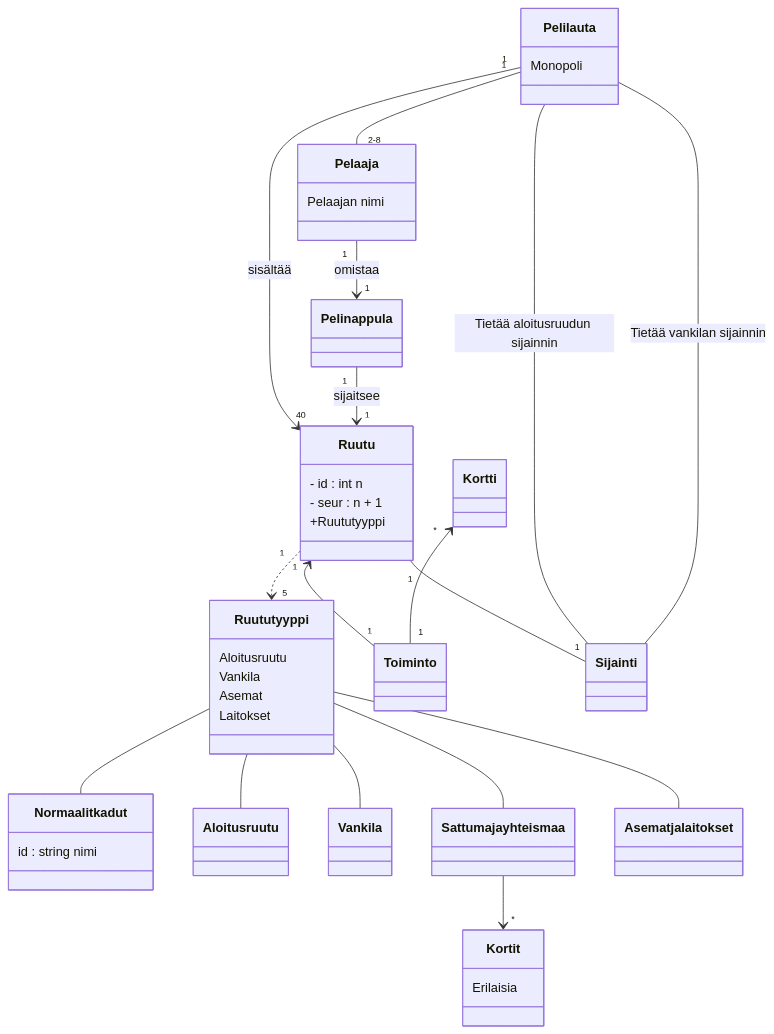
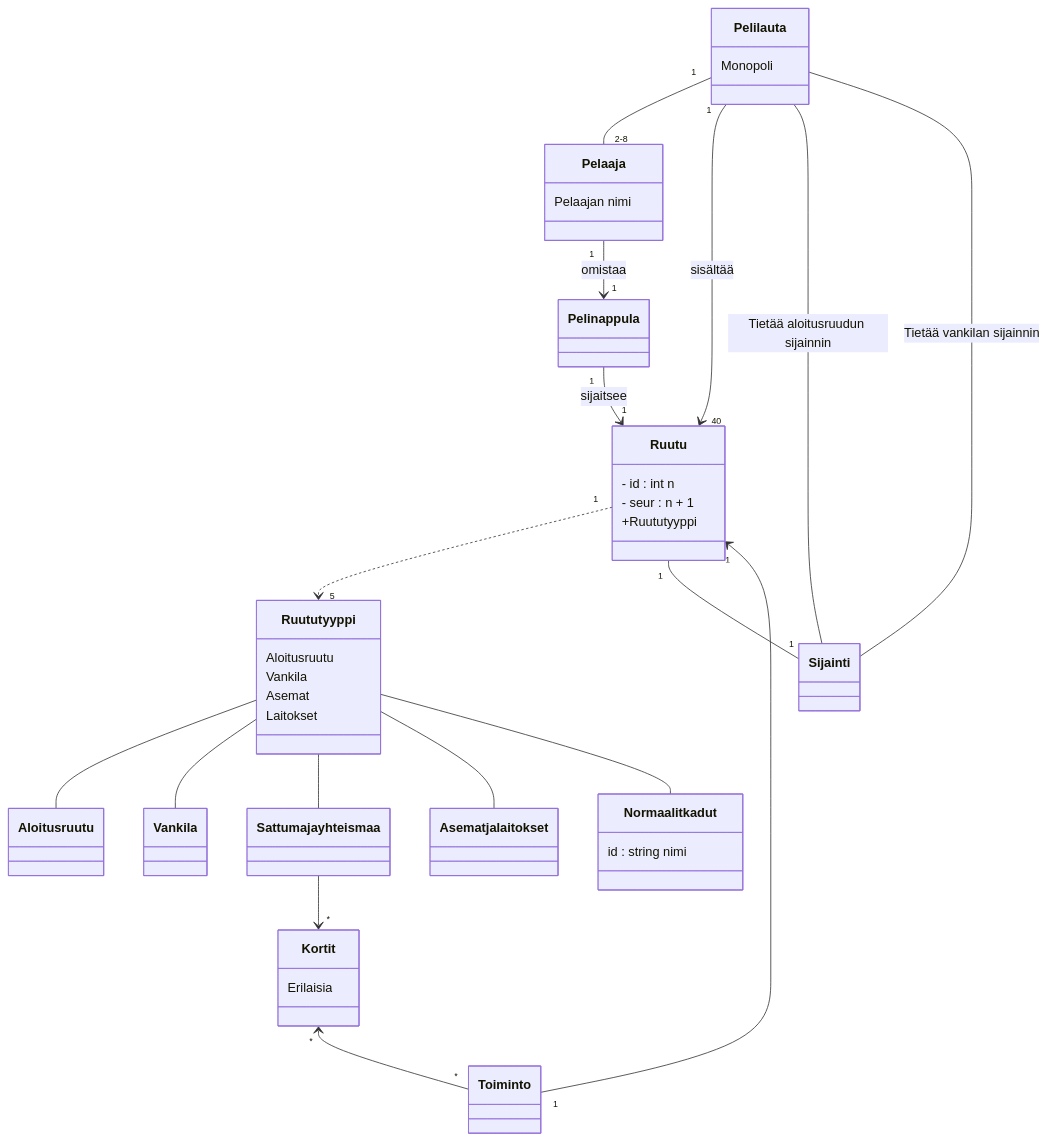
Before and after one commit to brotholi/ot-harjoitustyo: the diagram in laskarit/viikko3/monopoli.md, drawn with Mermaid.

````diff
--- a/laskarit/viikko3/monopoli.md
+++ b/laskarit/viikko3/monopoli.md
@@ -1,78 +1,78 @@
 ```mermaid
  classDiagram
     
     
     class Pelaaja {
         Pelaajan nimi
     }
 
     class Pelilauta {
      Monopoli 
     }
     
     
     class Ruutu {
     - id : int n
     - seur : n + 1
      +Ruututyyppi 
     
     }
     
     class Ruututyyppi {
      Aloitusruutu
      Vankila
      Asemat
      Laitokset
    
     }
     
     
 
     class Normaalit kadut {
     id : string nimi
     }
          
     class Pelinappula {
     }
     
     class Toiminto {
     
     }
     
     class Kortit {
     Erilaisia
     
     }
     
 
     Pelilauta "1" -- "2-8" Pelaaja
 
     Pelaaja "1" --> "1" Pelinappula : omistaa
     Pelilauta "1" --> "40" Ruutu : sisältää
     Pelinappula "1" --> "1" Ruutu : sijaitsee
 
     Ruutu "1" ..> "5" Ruututyyppi 
     
     Ruututyyppi -- Aloitusruutu
     Ruututyyppi -- Vankila
     Ruututyyppi -- Sattuma ja yhteismaa
     Ruututyyppi -- Asemat ja laitokset
     Ruututyyppi -- Normaalit kadut
 
 
     Sattuma ja yhteismaa --> "*" Kortit
     
     Ruutu "1" -- "1" Sijainti
     
     Pelilauta -- Sijainti : Tietää aloitusruudun sijainnin
     Pelilauta -- Sijainti : Tietää vankilan sijainnin
     
     Ruutu "1" <-- "1" Toiminto
     
-    Kortti "*" <-- "1" Toiminto
+    Kortit "*" <-- "*" Toiminto
     
     
 
 
     
 ```
````
